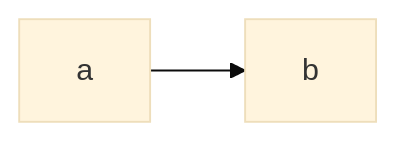
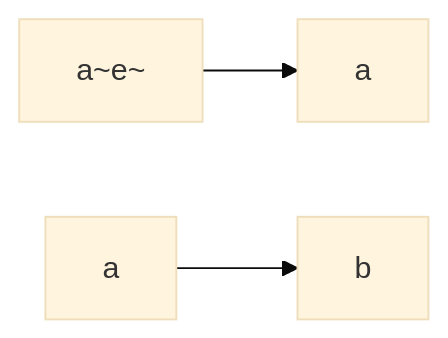
Before and after one commit to thetime50/note: the diagram in 笔记整理/note-2019-10-17-Machine Learning (Hung-yi Lee NTU)/021-1.md, drawn with Mermaid (base theme).

````diff
--- a/笔记整理/note-2019-10-17-Machine Learning (Hung-yi Lee NTU)/021-1.md
+++ b/笔记整理/note-2019-10-17-Machine Learning (Hung-yi Lee NTU)/021-1.md
@@ -61,7 +61,7 @@
 ```mermaid
 flowchart LR
-    %% R1[a~e~] --> R2[a]
+    R1[a~e~] --> R2[a]
     a--> b
 
 %%a~e~
 ```
````
